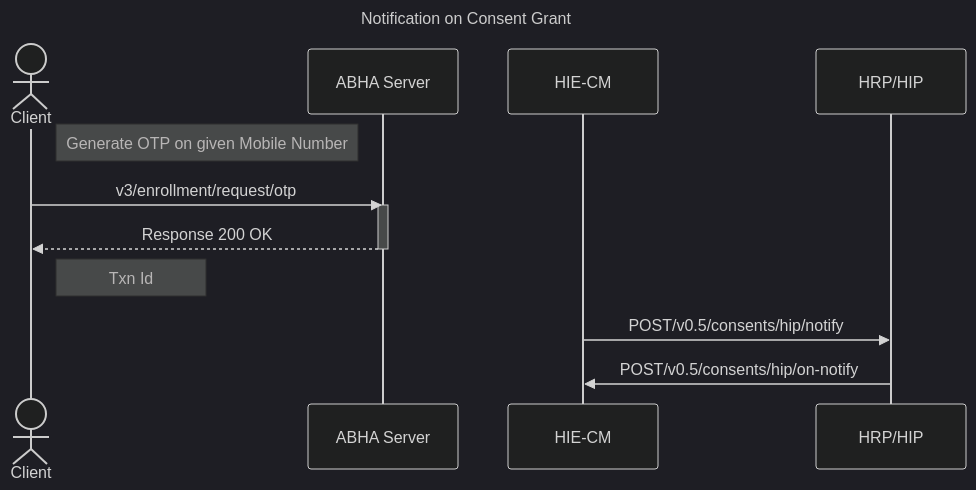
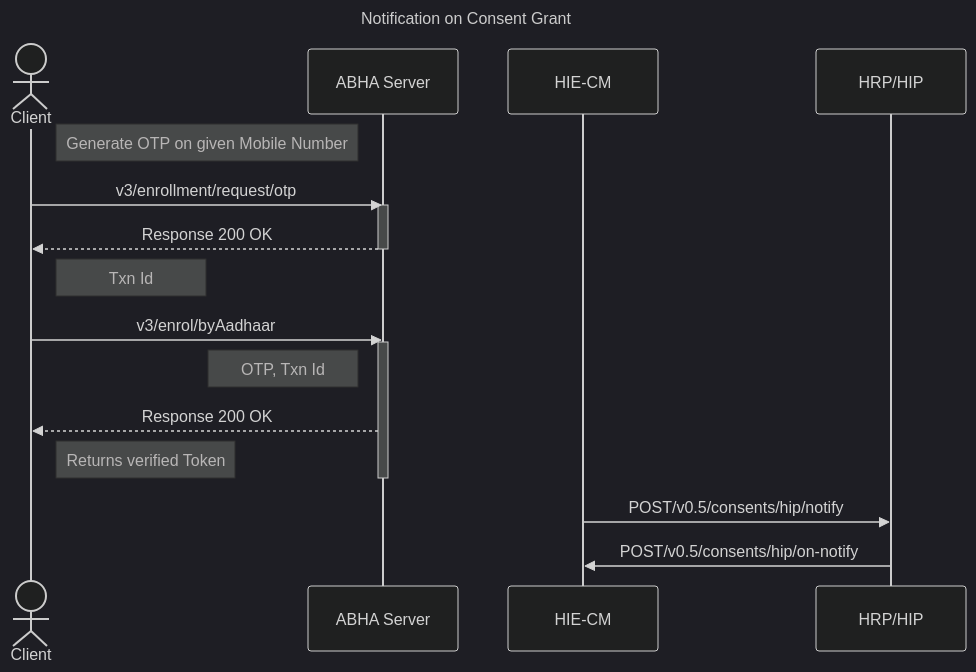
One commit to kiranma72/abdm-docs changed the diagram in content/2-milestone1/abha-number/TEST-driving-license.md. Above: the diagram before and after it, drawn with Mermaid (dark theme).

Commit message:
test driving licence commit 9 14 lines

```diff
--- a/content/2-milestone1/abha-number/TEST-driving-license.md
+++ b/content/2-milestone1/abha-number/TEST-driving-license.md
@@ -84,13 +84,19 @@
 {{< mermaid >}}
 sequenceDiagram
 title Notification on Consent Grant
 actor Client
 Note right of Client: Generate OTP on given Mobile Number
 Client->>ABHA Server:v3/enrollment/request/otp
 activate ABHA Server
 ABHA Server-->> Client: Response 200 OK
 deactivate ABHA Server
 Note right of Client: Txn Id
+Client->>ABHA Server:v3/enrol/byAadhaar
+activate ABHA Server
+Note left of ABHA Server: OTP, Txn Id
+ABHA Server-->> Client: Response 200 OK
+Note right of Client: Returns verified Token
+deactivate ABHA Server
 HIE-CM->>HRP/HIP: POST/v0.5/consents/hip/notify
 HRP/HIP->>HIE-CM: POST/v0.5/consents/hip/on-notify
 {{< /mermaid >}}
```
